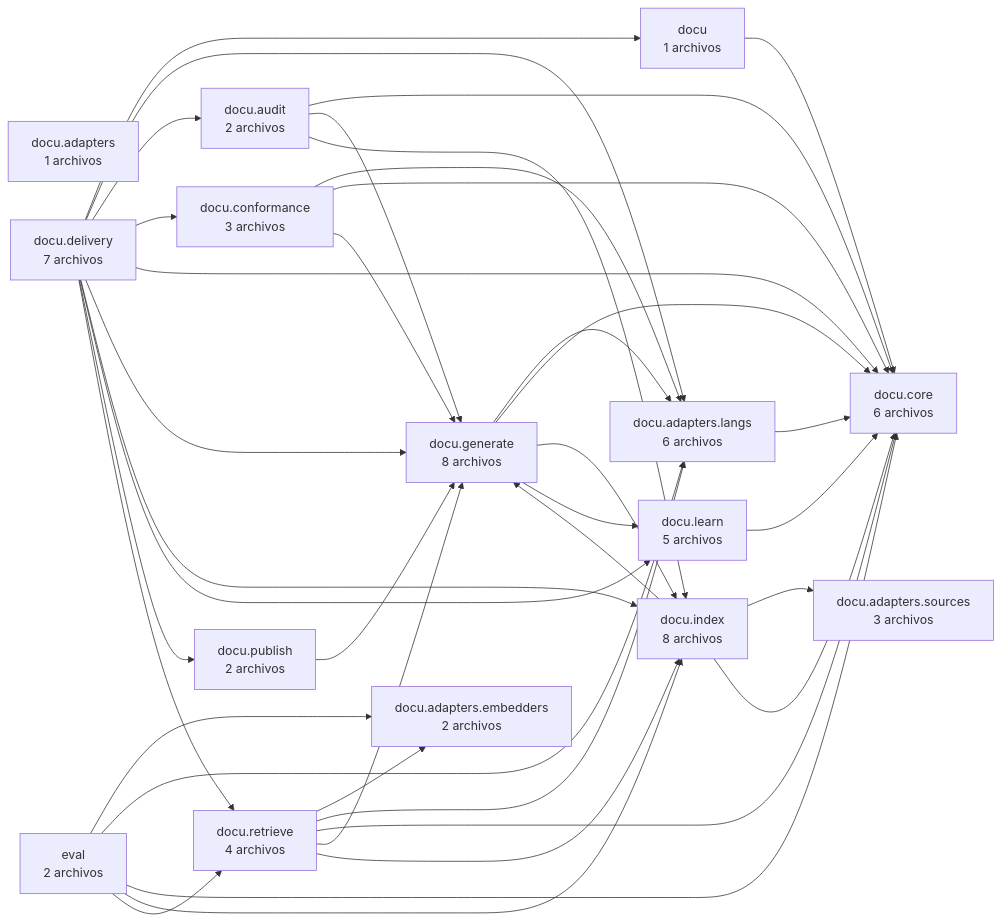
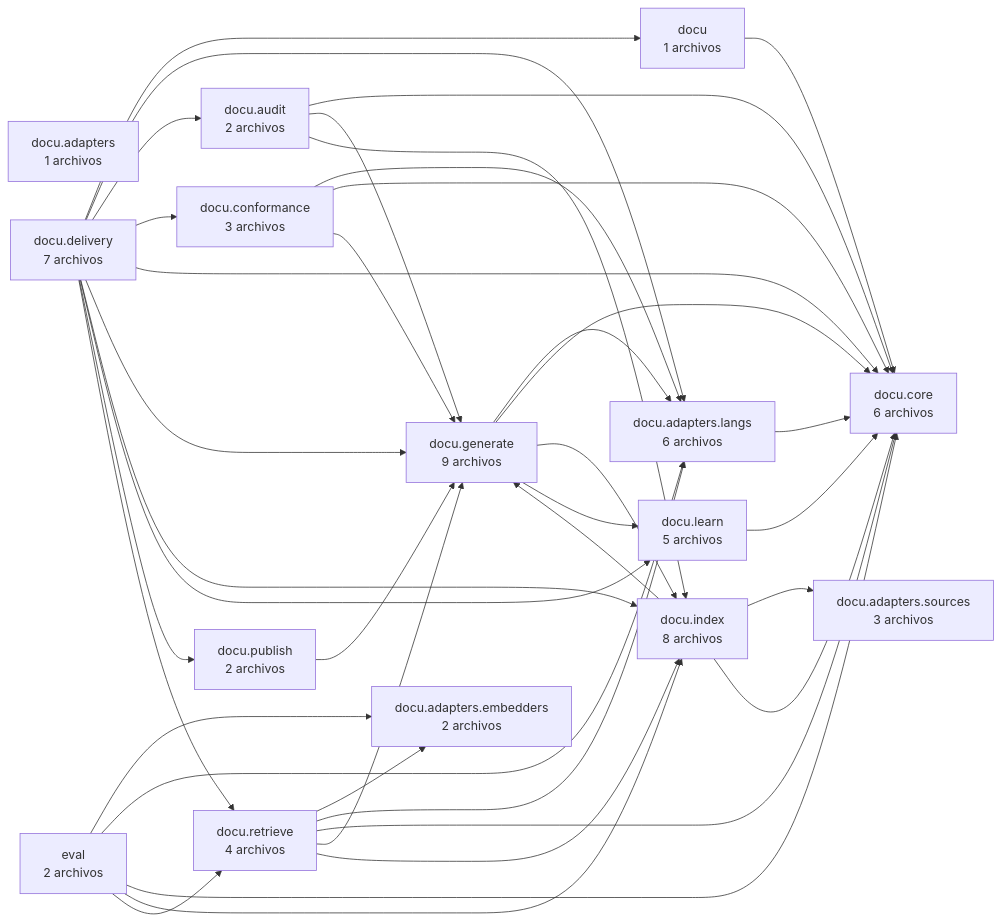
Before and after one commit to CharlyZeta/Docu: the first of 5 diagrams in docs/generated/l1-manual-tecnico.md, drawn with Mermaid. The commit also changed other lines of this file and 14 other files, not shown here.

````diff
--- a/docs/generated/l1-manual-tecnico.md
+++ b/docs/generated/l1-manual-tecnico.md
@@ -113,55 +133,55 @@
 ```mermaid
 flowchart LR
     docu["docu<br/>1 archivos"]
     docu_adapters["docu.adapters<br/>1 archivos"]
     docu_adapters_embedders["docu.adapters.embedders<br/>2 archivos"]
     docu_adapters_langs["docu.adapters.langs<br/>6 archivos"]
     docu_adapters_sources["docu.adapters.sources<br/>3 archivos"]
     docu_audit["docu.audit<br/>2 archivos"]
     docu_conformance["docu.conformance<br/>3 archivos"]
     docu_core["docu.core<br/>6 archivos"]
     docu_delivery["docu.delivery<br/>7 archivos"]
-    docu_generate["docu.generate<br/>8 archivos"]
+    docu_generate["docu.generate<br/>9 archivos"]
     docu_index["docu.index<br/>8 archivos"]
     docu_learn["docu.learn<br/>5 archivos"]
     docu_publish["docu.publish<br/>2 archivos"]
     docu_retrieve["docu.retrieve<br/>4 archivos"]
     eval["eval<br/>2 archivos"]
     docu --> docu_core
     docu_adapters_langs --> docu_core
     docu_audit --> docu_core
     docu_audit --> docu_generate
     docu_audit --> docu_index
     docu_conformance --> docu_adapters_langs
     docu_conformance --> docu_core
     docu_conformance --> docu_generate
     docu_delivery --> docu
     docu_delivery --> docu_adapters_langs
     docu_delivery --> docu_audit
     docu_delivery --> docu_conformance
     docu_delivery --> docu_core
     docu_delivery --> docu_generate
     docu_delivery --> docu_index
     docu_delivery --> docu_learn
     docu_delivery --> docu_publish
     docu_delivery --> docu_retrieve
     docu_generate --> docu_adapters_langs
     docu_generate --> docu_core
     docu_generate --> docu_index
     docu_generate --> docu_learn
     docu_index --> docu_adapters_sources
     docu_index --> docu_core
     docu_index --> docu_generate
     docu_learn --> docu_core
     docu_publish --> docu_generate
     docu_retrieve --> docu_adapters_embedders
     docu_retrieve --> docu_adapters_langs
     docu_retrieve --> docu_core
     docu_retrieve --> docu_generate
     docu_retrieve --> docu_index
     eval --> docu_adapters_embedders
     eval --> docu_adapters_langs
     eval --> docu_core
     eval --> docu_index
     eval --> docu_retrieve
 ```
````
